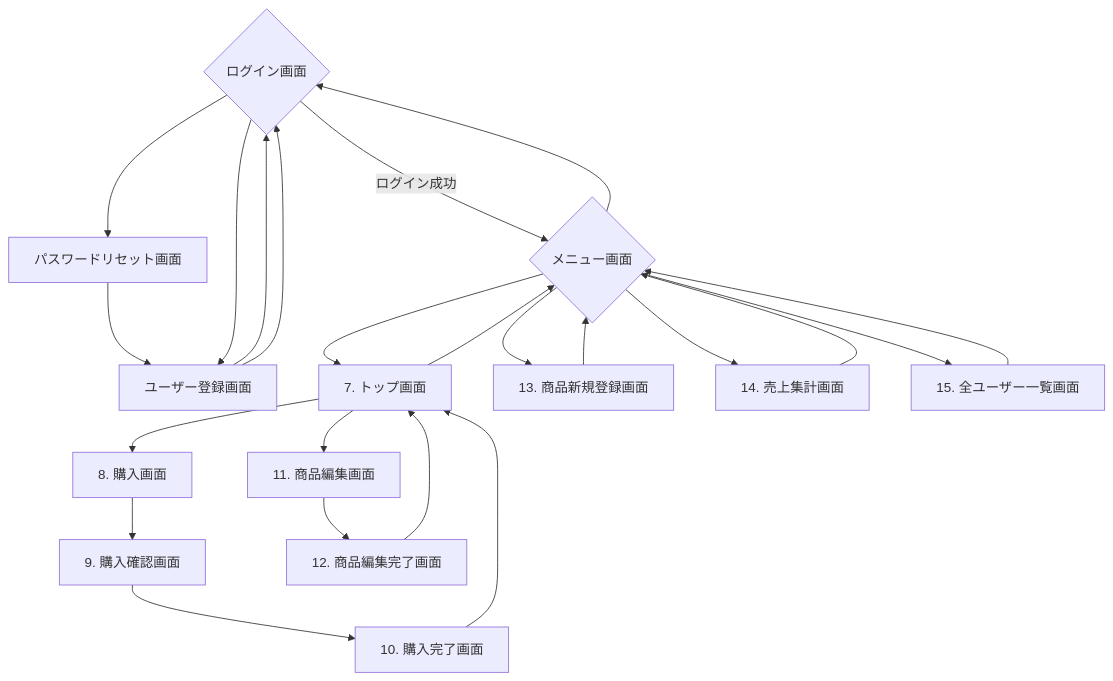
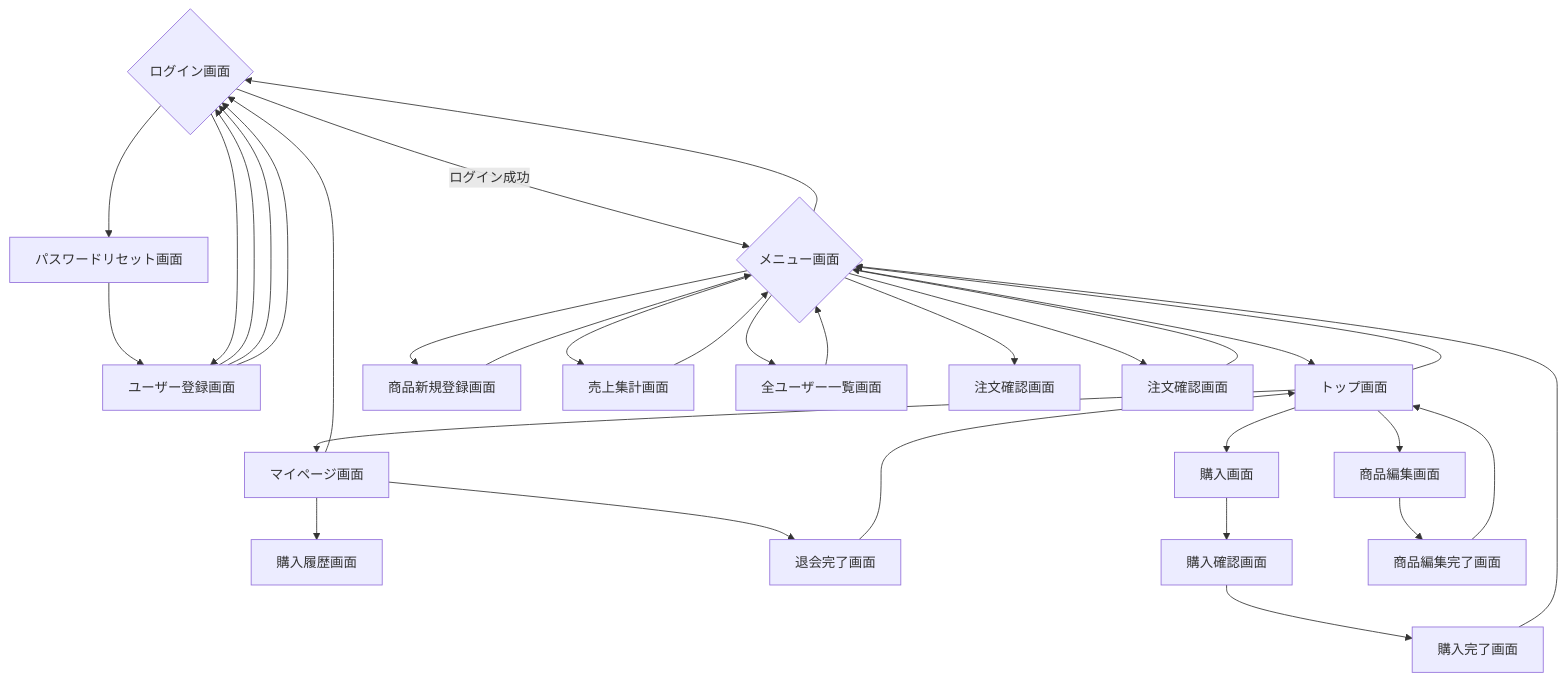
One commit to namae-mizutani/yuki-mizutani-educure-app changed the diagram in 8-4_設計/screen_flow.md. Above: the diagram before and after it, drawn with Mermaid. The commit also changed 3 other files, not shown here.

````diff
--- a/8-4_設計/screen_flow.md
+++ b/8-4_設計/screen_flow.md
@@ -1,29 +1,39 @@
 ```mermaid
 graph TD
     A{ログイン画面} -->|ログイン成功| B{メニュー画面}
     A -->C[パスワードリセット画面]
     C -->D[パスワードリセット完了画面]
     D --> A
     A -->D[ユーザー登録画面]
     D -->A
 
-    B --> F[7. トップ画面]
-    B --> G[13. 商品新規登録画面]
-    B --> H[14. 売上集計画面]
-    B --> I[15. 全ユーザー一覧画面]
+    B --> F[ トップ画面]
+    B --> G[ 商品新規登録画面]
+    B --> H[ 売上集計画面]
+    B --> I[ 全ユーザー一覧画面]
+    B --> O[ 注文確認画面]
+    B --> S[ 注文確認画面]
+    S --> B
 
-    F --> J[8. 購入画面]
-    J --> K[9. 購入確認画面]
-    K --> L[10. 購入完了画面]
-    L --> F
+    F --> J[ 購入画面]
+    F --> P[ マイページ画面]
+    P --> Q[ 購入履歴画面]
+    P --> R[ 退会完了画面]
+    R --> F
+    P --> A
+    J --> K[ 購入確認画面]
+    K --> L[ 購入完了画面]
 
-    F --> M[11. 商品編集画面]
-    M --> N[12. 商品編集完了画面]
+    L --> B
+
+    F --> M[ 商品編集画面]
+    M --> N[ 商品編集完了画面]
     N --> F
 
+    D --> A
     F --> B
     G --> B
     H --> B
     I --> B
     B --> A
 ```
````
